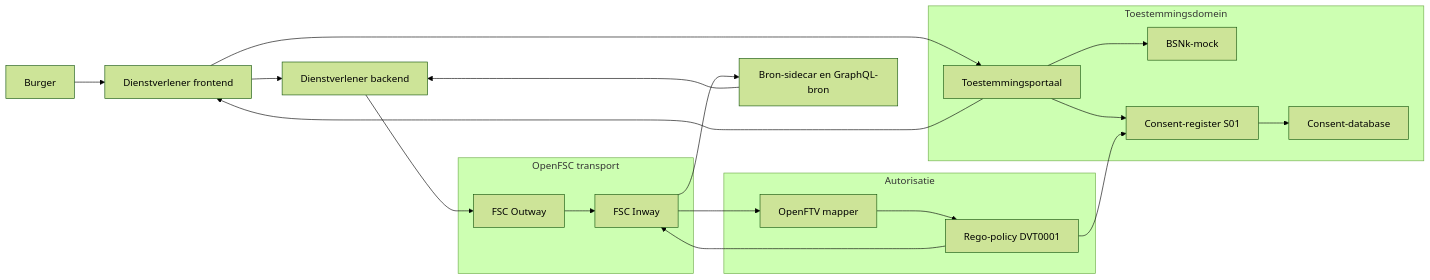
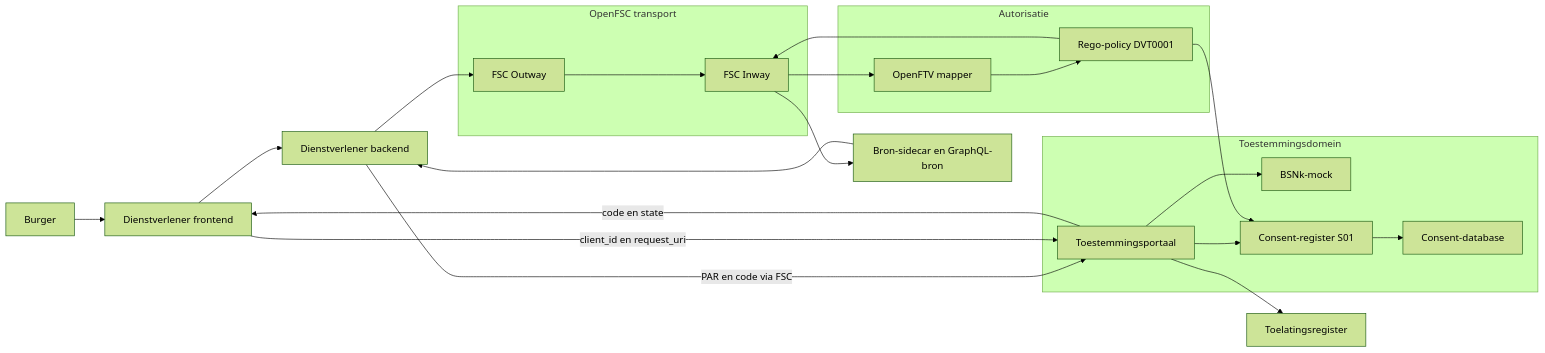
One commit to ICTU/GBO-demo changed the first of 4 diagrams in docs/consent-flow.md. Above: the diagram before and after it, drawn with Mermaid (forest theme). The commit also changed other lines of this file and 40 other files, not shown here.

First line of the commit message:
feat: switch the demo providers to pushed requests and remove the URL-based consent flow (#693)

````diff
--- a/docs/consent-flow.md
+++ b/docs/consent-flow.md
@@ -12,41 +12,45 @@
 ```mermaid
 flowchart LR
     Citizen["Burger"]
     ConsumerUI["Dienstverlener frontend"]
     ConsumerBE["Dienstverlener backend"]
 
     subgraph ConsentDomain["Toestemmingsdomein"]
         Portal["Toestemmingsportaal"]
         BSNk["BSNk-mock"]
         Register["Consent-register S01"]
         ConsentDB["Consent-database"]
     end
 
     subgraph FSC["OpenFSC transport"]
         Outway["FSC Outway"]
         Inway["FSC Inway"]
     end
 
     subgraph Authorization["Autorisatie"]
         Mapper["OpenFTV mapper"]
         Policy["Rego-policy DVT0001"]
     end
 
     Source["Bron-sidecar en GraphQL-bron"]
 
+    Onboarding["Toelatingsregister"]
+
     Citizen --> ConsumerUI
-    ConsumerUI --> Portal
+    ConsumerUI --> ConsumerBE
+    ConsumerBE -- "PAR en code via FSC" --> Portal
+    ConsumerUI -- "client_id en request_uri" --> Portal
+    Portal --> Onboarding
     Portal --> BSNk
     Portal --> Register
     Register --> ConsentDB
-    Portal --> ConsumerUI
-    ConsumerUI --> ConsumerBE
+    Portal -- "code en state" --> ConsumerUI
     ConsumerBE --> Outway
     Outway --> Inway
     Inway --> Mapper
     Mapper --> Policy
     Policy --> Register
     Policy --> Inway
     Inway --> Source
     Source --> ConsumerBE
 ```
````
